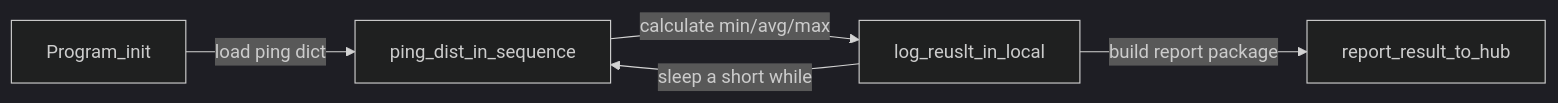
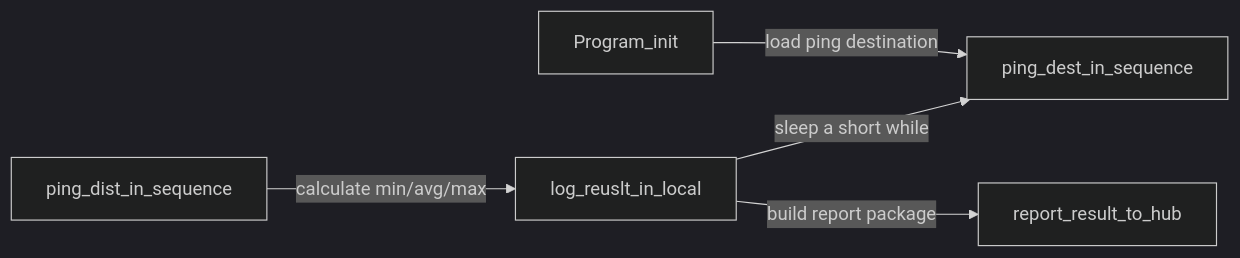
The first of 3 diagrams in README.md (LiuYuancheng/NetworkConnDashboard), drawn with Mermaid (dark theme) before and after one commit. The commit also changed other lines of this file and 3 other files, not shown here.

````diff
--- a/README.md
+++ b/README.md
@@ -110,7 +122,7 @@
 ```mermaid
 graph LR;
-    Program_init -- load ping dict --> ping_dist_in_sequence;
+    Program_init -- load ping destination --> ping_dest_in_sequence;
     ping_dist_in_sequence -- calculate min/avg/max --> log_reuslt_in_local;
-    log_reuslt_in_local -- sleep a short while --> ping_dist_in_sequence;
+    log_reuslt_in_local -- sleep a short while --> ping_dest_in_sequence;
     log_reuslt_in_local -- build report package --> report_result_to_hub;
 ```
````
